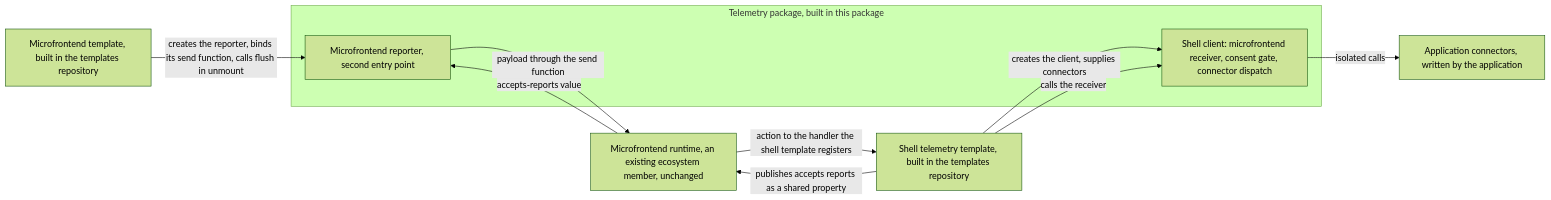
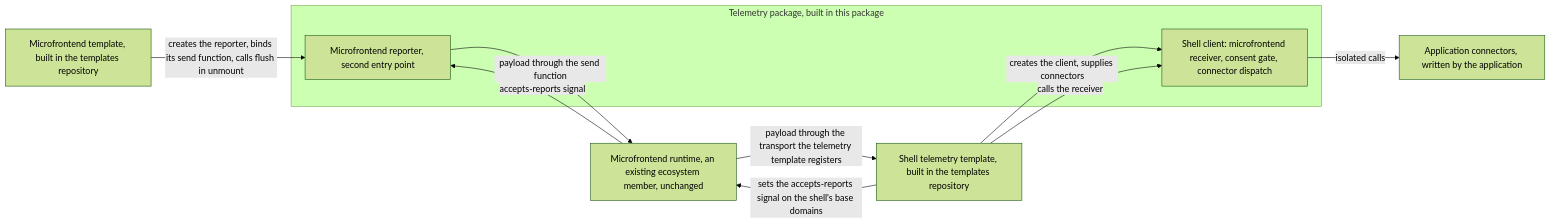
One commit to tscbmstubp/gears-frontx changed the eighth of 8 diagrams in packages/telemetry/architecture/DESIGN.md. Above: the diagram before and after it, drawn with Mermaid (forest theme). The commit also changed other lines of this file, not shown here.

First line of the commit message:
docs(telemetry): align the design with the amended telemetry PRD

````diff
--- a/packages/telemetry/architecture/DESIGN.md
+++ b/packages/telemetry/architecture/DESIGN.md
@@ -1147,19 +1148,19 @@
 ```mermaid
 graph LR
     subgraph Pkg["Telemetry package, built in this package"]
         Client["Shell client: microfrontend receiver, consent gate, connector dispatch"]
         Reporter["Microfrontend reporter, second entry point"]
     end
     ShellT["Shell telemetry template, built in the templates repository"]
     MfeT["Microfrontend template, built in the templates repository"]
     Runtime["Microfrontend runtime, an existing ecosystem member, unchanged"]
     Conn["Application connectors, written by the application"]
     ShellT -->|creates the client, supplies connectors| Client
-    ShellT -->|publishes accepts reports as a shared property| Runtime
+    ShellT -->|sets the accepts-reports signal on the shell's base domains| Runtime
     MfeT -->|creates the reporter, binds its send function, calls flush in unmount| Reporter
-    Runtime -->|accepts-reports value| Reporter
+    Runtime -->|accepts-reports signal| Reporter
     Reporter -->|payload through the send function| Runtime
-    Runtime -->|action to the handler the shell template registers| ShellT
+    Runtime -->|payload through the transport the telemetry template registers| ShellT
     ShellT -->|calls the receiver| Client
     Client -->|isolated calls| Conn
 ```
````
